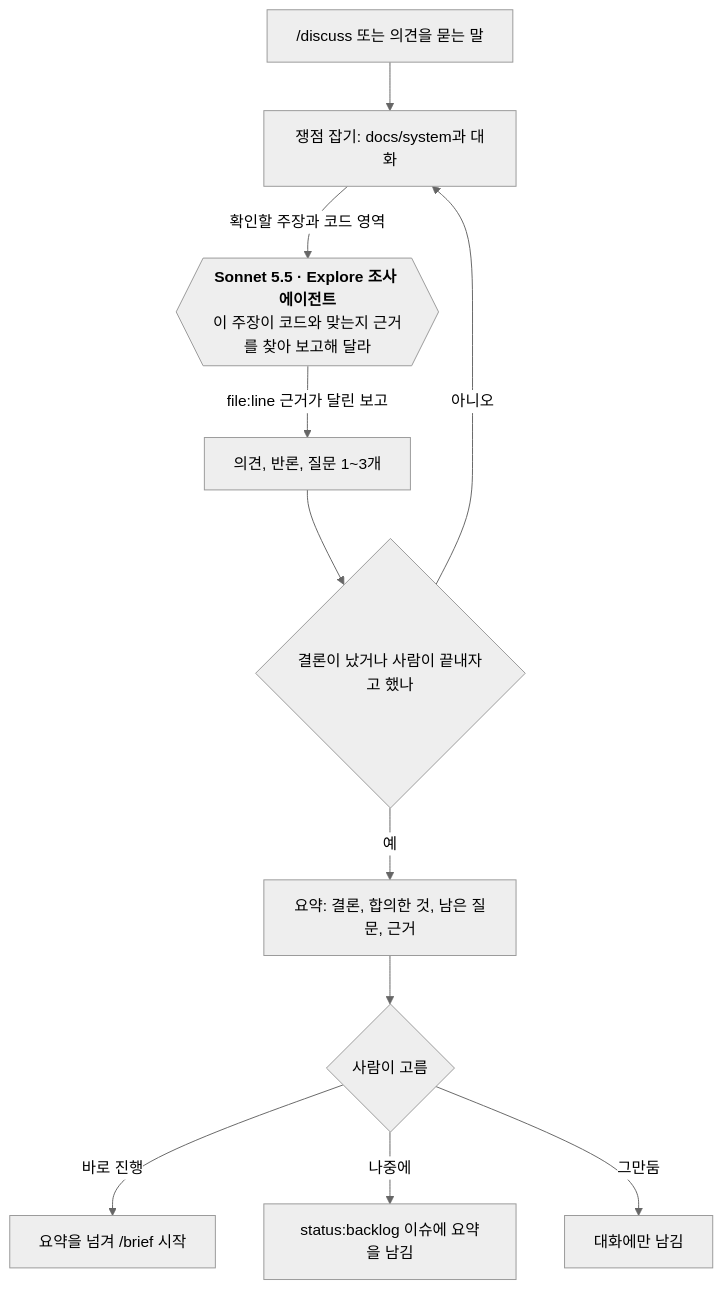
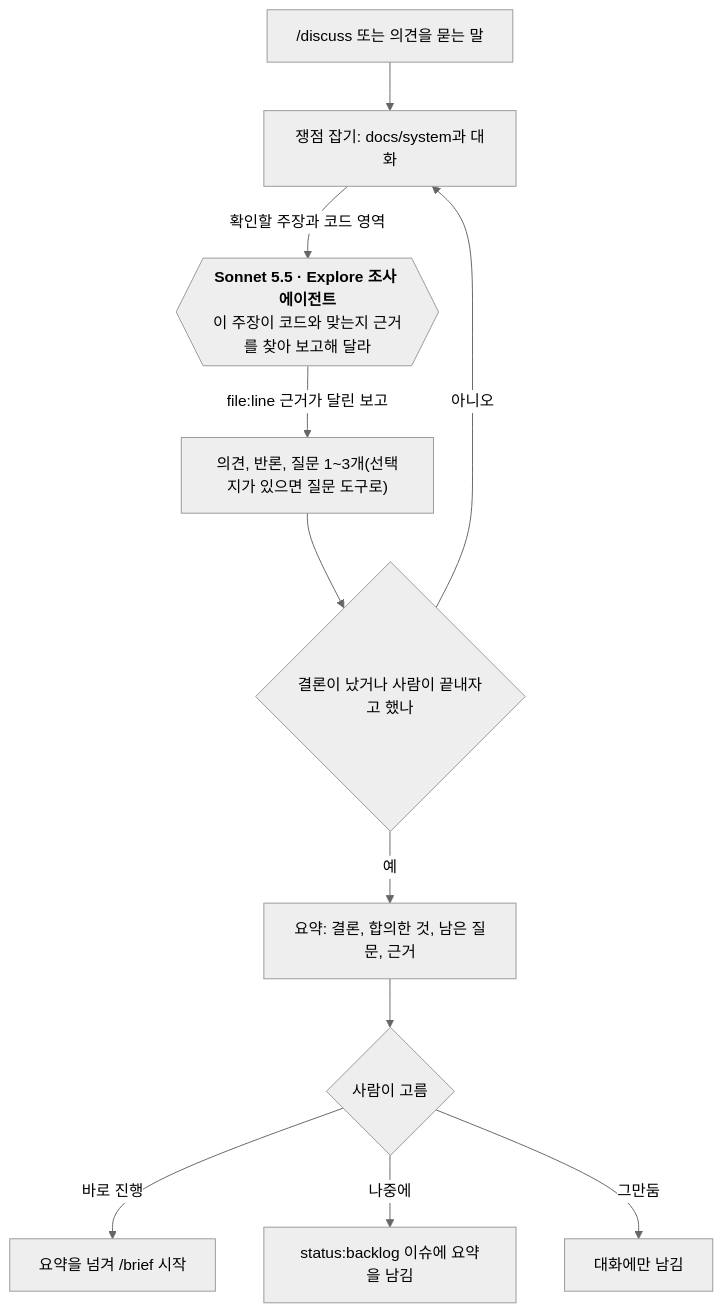
The second of 8 diagrams in docs/system/flows.md (dincal/agent_logbook), drawn with Mermaid (neutral theme) before and after one commit. The commit also changed other lines of this file and 8 other files, not shown here.

````diff
--- a/docs/system/flows.md
+++ b/docs/system/flows.md
@@ -48,14 +47,14 @@
 ```mermaid
 flowchart TD
   A["/discuss 또는 의견을 묻는 말"] --> B["쟁점 잡기: docs/system과 대화"]
   B -->|"확인할 주장과 코드 영역"| X{{"`**Sonnet 5.5 · Explore 조사 에이전트**
   이 주장이 코드와 맞는지 근거를 찾아 보고해 달라`"}}
-  X -->|"file:line 근거가 달린 보고"| C["의견, 반론, 질문 1~3개"]
+  X -->|"file:line 근거가 달린 보고"| C["의견, 반론, 질문 1~3개(선택지가 있으면 질문 도구로)"]
   C --> D{"결론이 났거나 사람이 끝내자고 했나"}
   D -->|"아니오"| B
   D -->|"예"| S["요약: 결론, 합의한 것, 남은 질문, 근거"]
   S --> E{"사람이 고름"}
   E -->|"바로 진행"| F["요약을 넘겨 /brief 시작"]
   E -->|"나중에"| G["status:backlog 이슈에 요약을 남김"]
   E -->|"그만둠"| H["대화에만 남김"]
 ```
````
